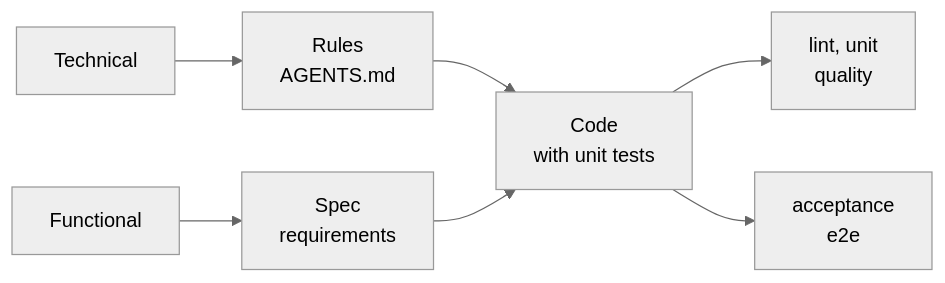
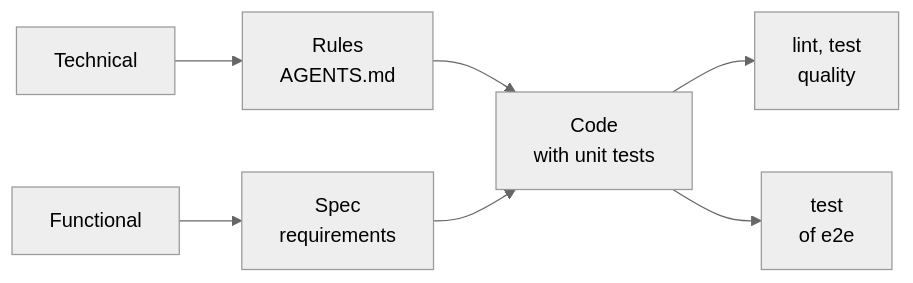
Before and after one commit to AIDDbot/AIDDbot: the diagram in docs/engineering/README.md, drawn with Mermaid (neutral theme). The commit also changed other lines of this file and 24 other files, not shown here.

````diff
--- a/docs/engineering/README.md
+++ b/docs/engineering/README.md
@@ -15,9 +15,9 @@
 ```mermaid
 flowchart LR
     TECH[Technical] --> rules[Rules<br/>AGENTS.md]
     FUNC[Functional] --> spec[Spec<br/>requirements]
     rules --> CODE[Code<br/>with unit tests]
     spec --> CODE
-    CODE --> techCheck[lint, unit<br/>quality]
-    CODE --> specCheck[acceptance<br/>e2e]
+    CODE --> techCheck[lint, test<br/>quality]
+    CODE --> specCheck[test<br/>of e2e]
 ```
````
